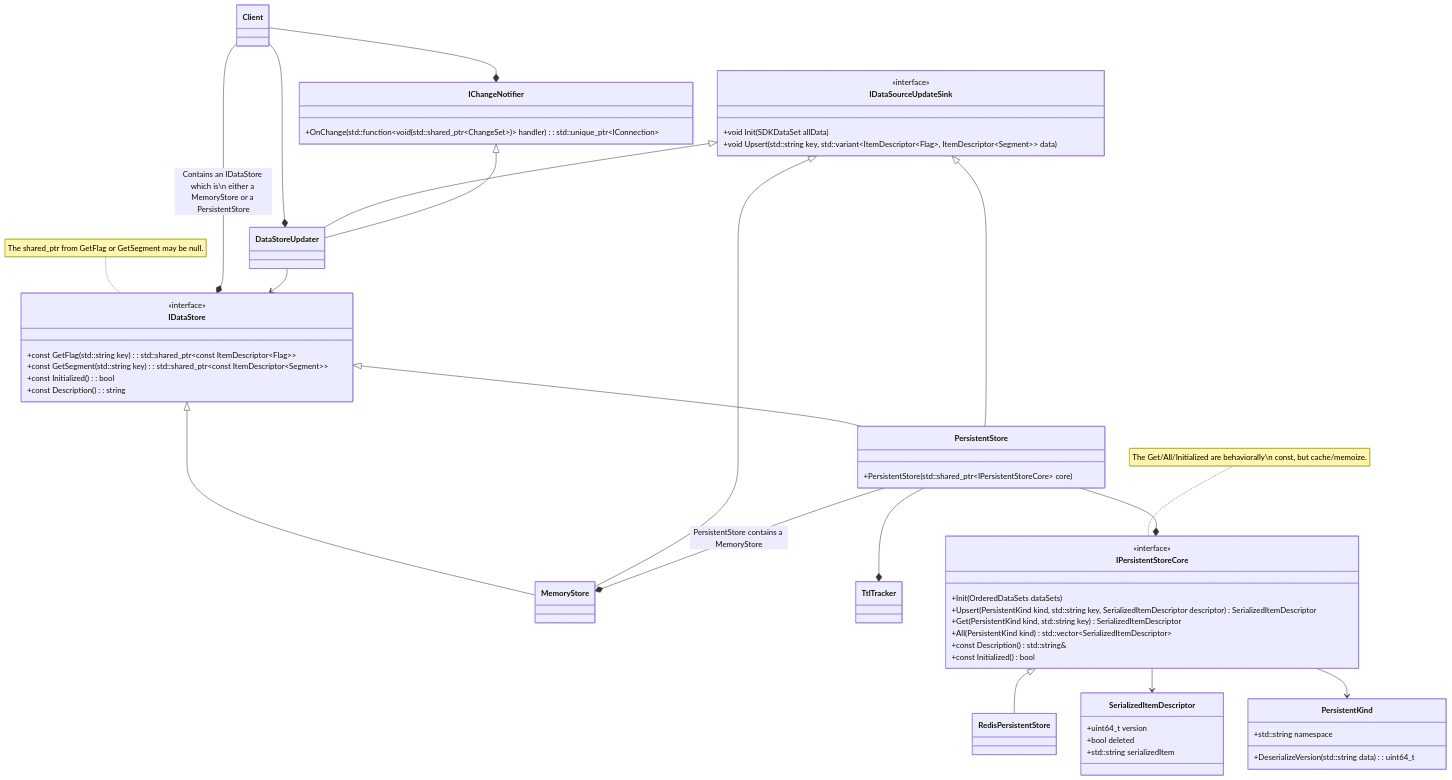
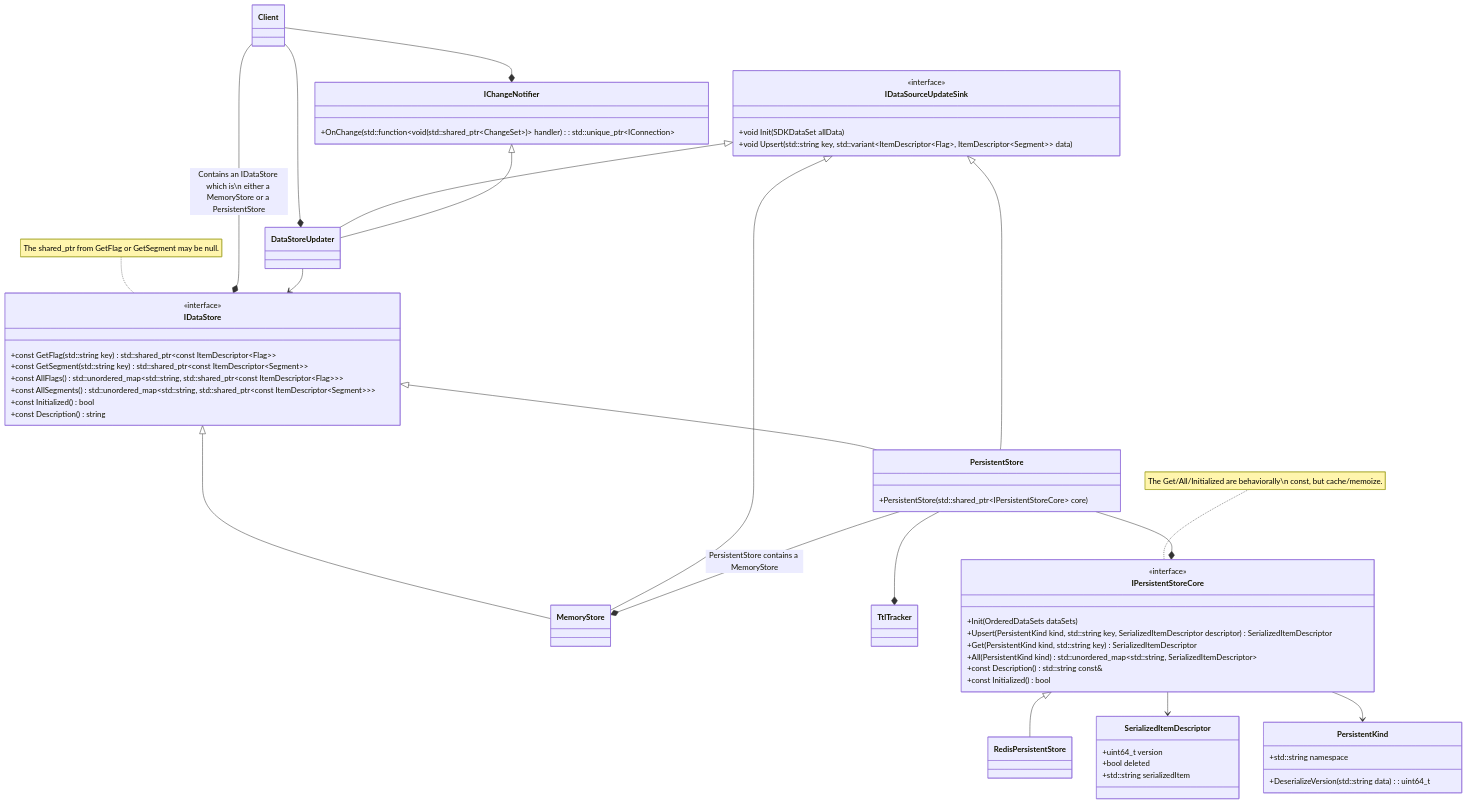
The diagram in architecture/server_store_arch.md (launchdarkly/cpp-sdks), drawn with Mermaid before and after one commit.

Commit message:
Update collection types.

```diff
--- a/architecture/server_store_arch.md
+++ b/architecture/server_store_arch.md
@@ -48,9 +48,9 @@
         +Upsert(PersistentKind kind, std::string key, SerializedItemDescriptor descriptor) SerializedItemDescriptor
 
         +Get(PersistentKind kind, std::string key) SerializedItemDescriptor
-        +All(PersistentKind kind) std::vector~SerializedItemDescriptor~ 
+        +All(PersistentKind kind) std::unordered_map&lt;std::string, SerializedItemDescriptor&gt;
 
-        +const Description() std::string&
+        +const Description() std::string const&
         +const Initialized() bool
     }
 
@@ -65,10 +65,12 @@
 
     class IDataStore{
         <<interface>>
-        +const GetFlag(std::string key): std::shared_ptr&lt;const ItemDescriptor&lt;Flag&gt;&gt 
-        +const GetSegment(std::string key): std::shared_ptr&lt;const ItemDescriptor&lt;Segment&gt;&gt
-        +const Initialized(): bool
-        +const Description(): string
+        +const GetFlag(std::string key) std::shared_ptr&lt;const ItemDescriptor&lt;Flag&gt;&gt 
+        +const GetSegment(std::string key) std::shared_ptr&lt;const ItemDescriptor&lt;Segment&gt;&gt
+        +const AllFlags() std::unordered_map&lt;std::string, std::shared_ptr&lt;const ItemDescriptor&lt;Flag&gt;&gt&gt;
+        +const AllSegments() std::unordered_map&lt;std::string, std::shared_ptr&lt;const ItemDescriptor&lt;Segment&gt;&gt&gt;
+        +const Initialized() bool
+        +const Description() string
     }
 
     class TtlTracker{
```
